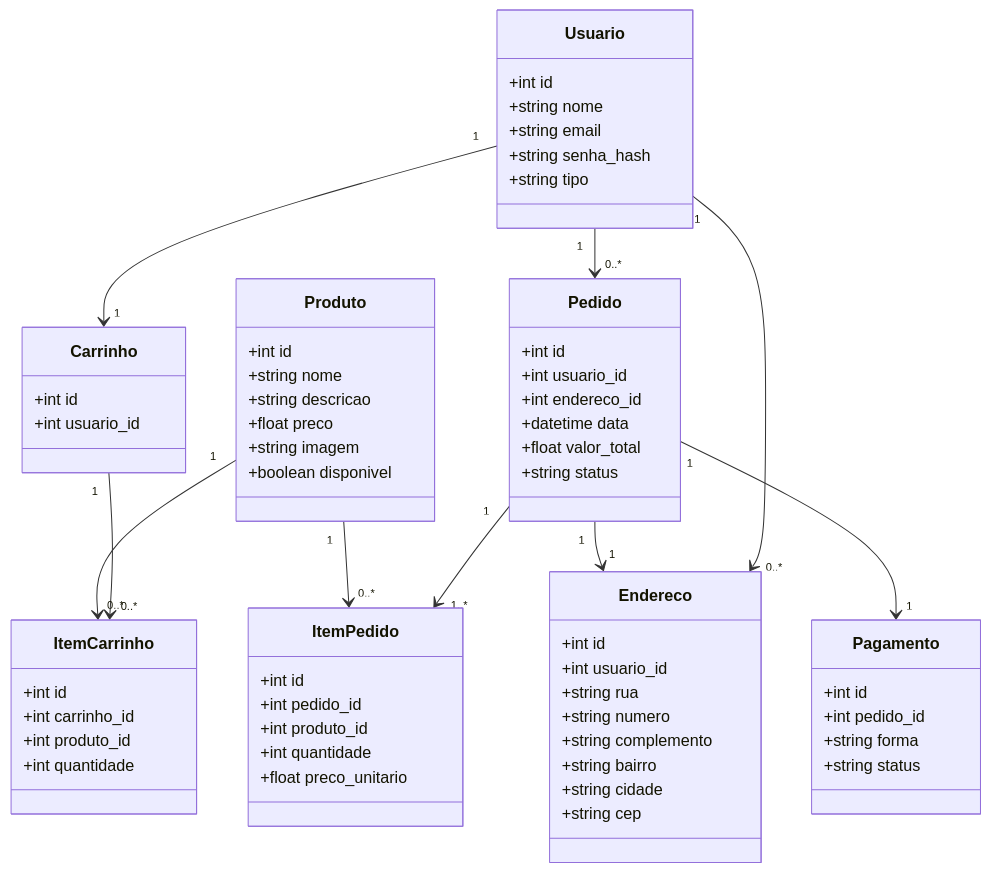
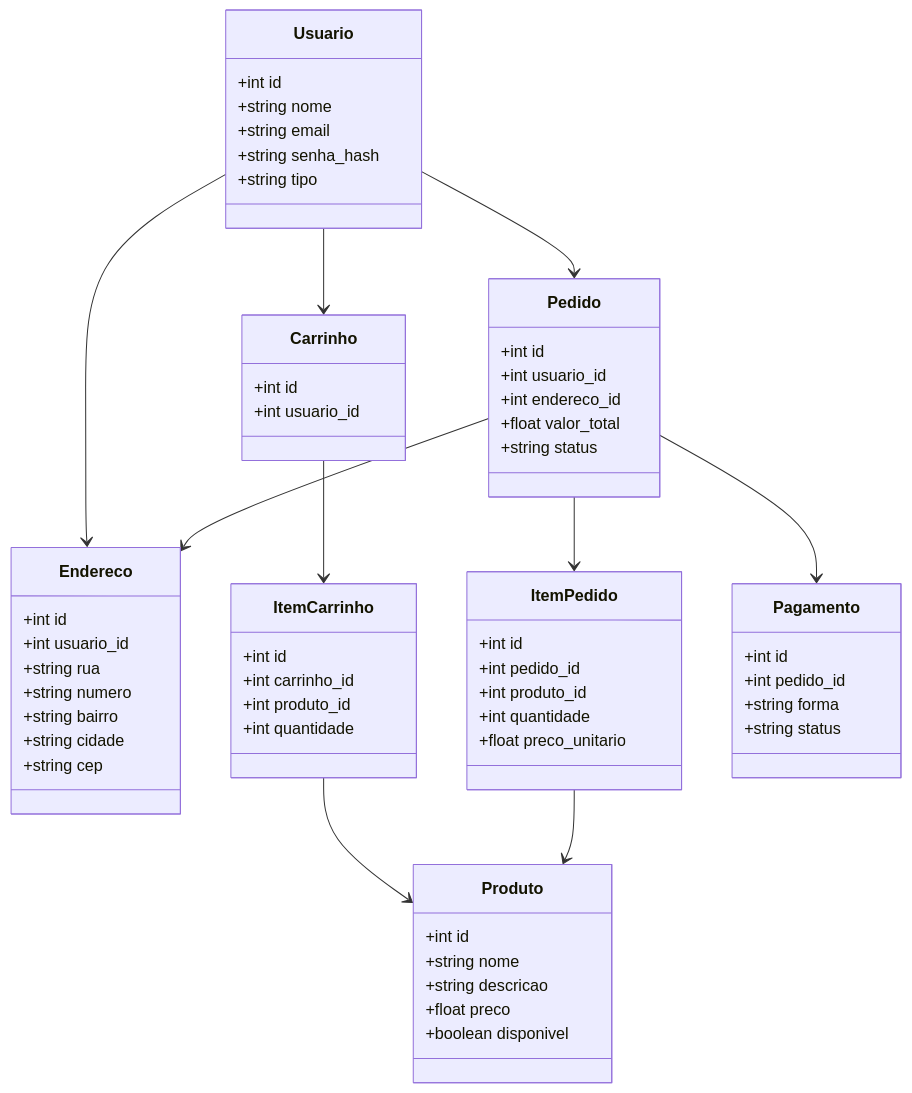
One commit to mvvp-dv/cupcake-shop changed the second of 2 diagrams in docs/Revisado.md. Above: the diagram before and after it, drawn with Mermaid.

````diff
--- a/docs/Revisado.md
+++ b/docs/Revisado.md
@@ -278,80 +278,75 @@
 ```mermaid
 classDiagram
+direction TB
 
 class Usuario {
     +int id
     +string nome
     +string email
     +string senha_hash
     +string tipo
 }
 
 class Endereco {
     +int id
     +int usuario_id
     +string rua
     +string numero
-    +string complemento
     +string bairro
     +string cidade
     +string cep
 }
 
 class Produto {
     +int id
     +string nome
     +string descricao
     +float preco
-    +string imagem
     +boolean disponivel
 }
 
 class Carrinho {
     +int id
     +int usuario_id
 }
 
 class ItemCarrinho {
     +int id
     +int carrinho_id
     +int produto_id
     +int quantidade
 }
 
 class Pedido {
     +int id
     +int usuario_id
     +int endereco_id
-    +datetime data
     +float valor_total
     +string status
 }
 
 class ItemPedido {
     +int id
     +int pedido_id
     +int produto_id
     +int quantidade
     +float preco_unitario
 }
 
 class Pagamento {
     +int id
     +int pedido_id
     +string forma
     +string status
 }
 
-Usuario "1" --> "0..*" Endereco
-Usuario "1" --> "1" Carrinho
-Usuario "1" --> "0..*" Pedido
-
-Carrinho "1" --> "0..*" ItemCarrinho
-Produto "1" --> "0..*" ItemCarrinho
-
-Pedido "1" --> "1..*" ItemPedido
-Produto "1" --> "0..*" ItemPedido
-
-Pedido "1" --> "1" Pagamento
-Pedido "1" --> "1" Endereco
+Usuario --> Endereco
+Usuario --> Carrinho
+Usuario --> Pedido
+Carrinho --> ItemCarrinho
+ItemCarrinho --> Produto
+Pedido --> ItemPedido
+ItemPedido --> Produto
+Pedido --> Pagamento
+Pedido --> Endereco
 ```
````
